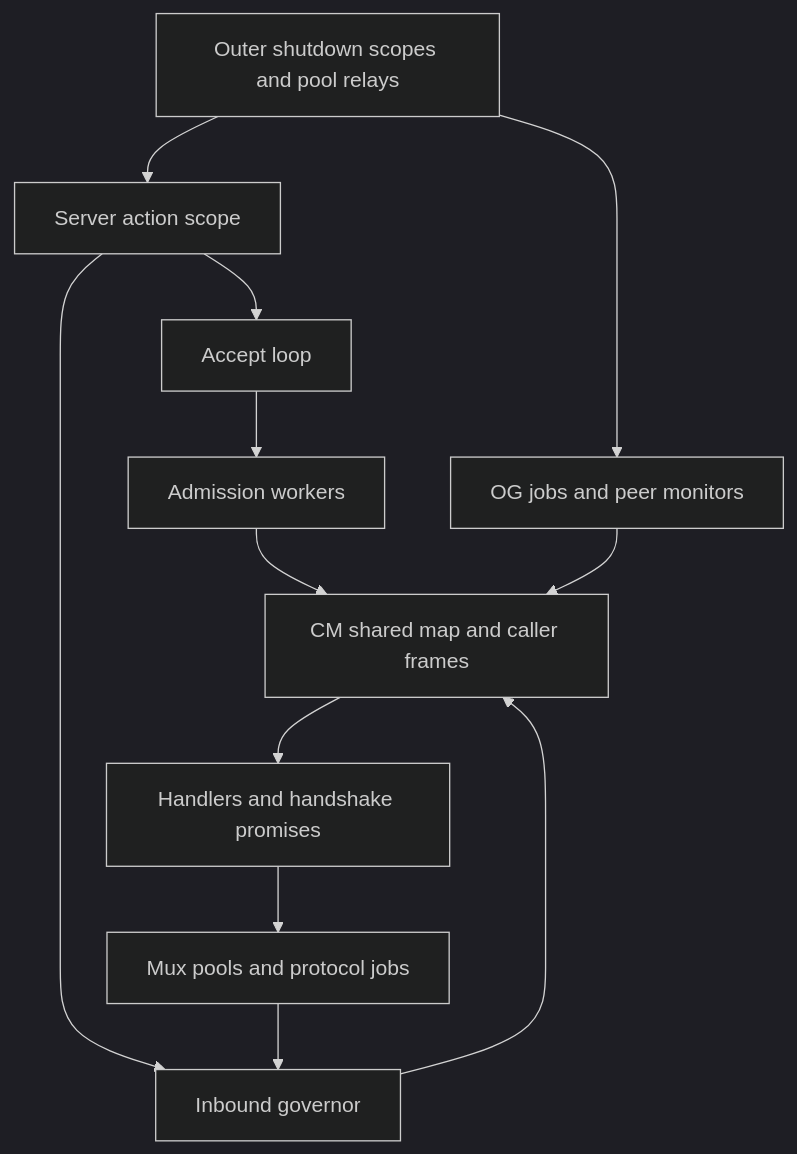
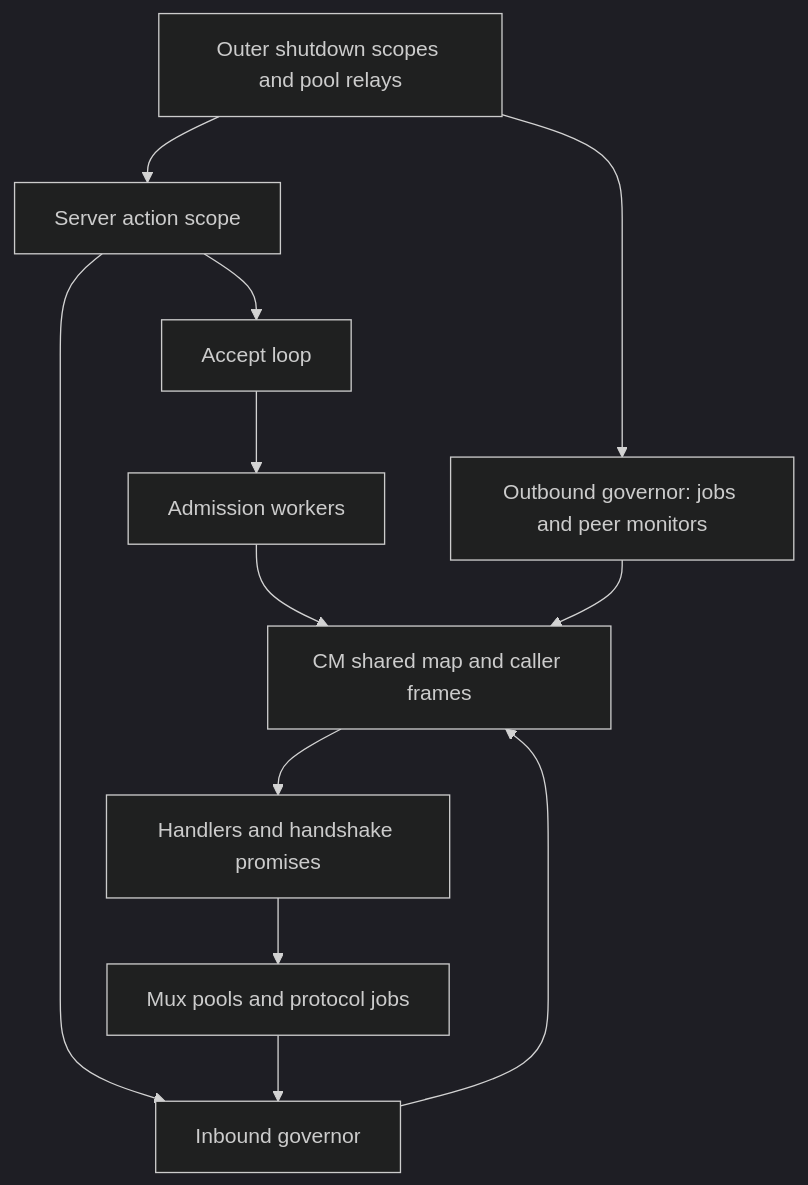
Before and after one commit to input-output-hk/agda-cardano-common: the first of 3 diagrams in src/Network_CSP_Model/review/connection-management-verified-properties-summary.md, drawn with Mermaid (dark theme). The commit also changed 2 other files, not shown here.

Commit message:
docs(review): add the November architecture review of the implemented model
A new review describes the implemented architecture at network 2f1c154 and
consensus 2e44d98, following the October review's sections so the two can
be compared: changes since October, source-to-model mapping, the runtime
layer stack and shared state, identities, the semantic bridge and
exploration layer, key flows including the shutdown sequence, the design
variants, an evidence map, module organisation, and gates and limits, with
seven Mermaid diagrams. The October review links to it; one diagram label
in the verified-properties summary is spelled out.

````diff
--- a/src/Network_CSP_Model/review/connection-management-verified-properties-summary.md
+++ b/src/Network_CSP_Model/review/connection-management-verified-properties-summary.md
@@ -18,14 +18,14 @@
 ```mermaid
 flowchart TD
     Outer[Outer shutdown scopes and pool relays] --> Server[Server action scope]
-    Outer --> OG[OG jobs and peer monitors]
+    Outer --> OG[Outbound governor: jobs and peer monitors]
     Server --> Accept[Accept loop]
     Accept --> Workers[Admission workers]
     Server --> IG[Inbound governor]
     Workers --> CM[CM shared map and caller frames]
     OG --> CM
     IG --> CM
     CM --> Handlers[Handlers and handshake promises]
     Handlers --> Mux[Mux pools and protocol jobs]
     Mux --> IG
 ```
````
